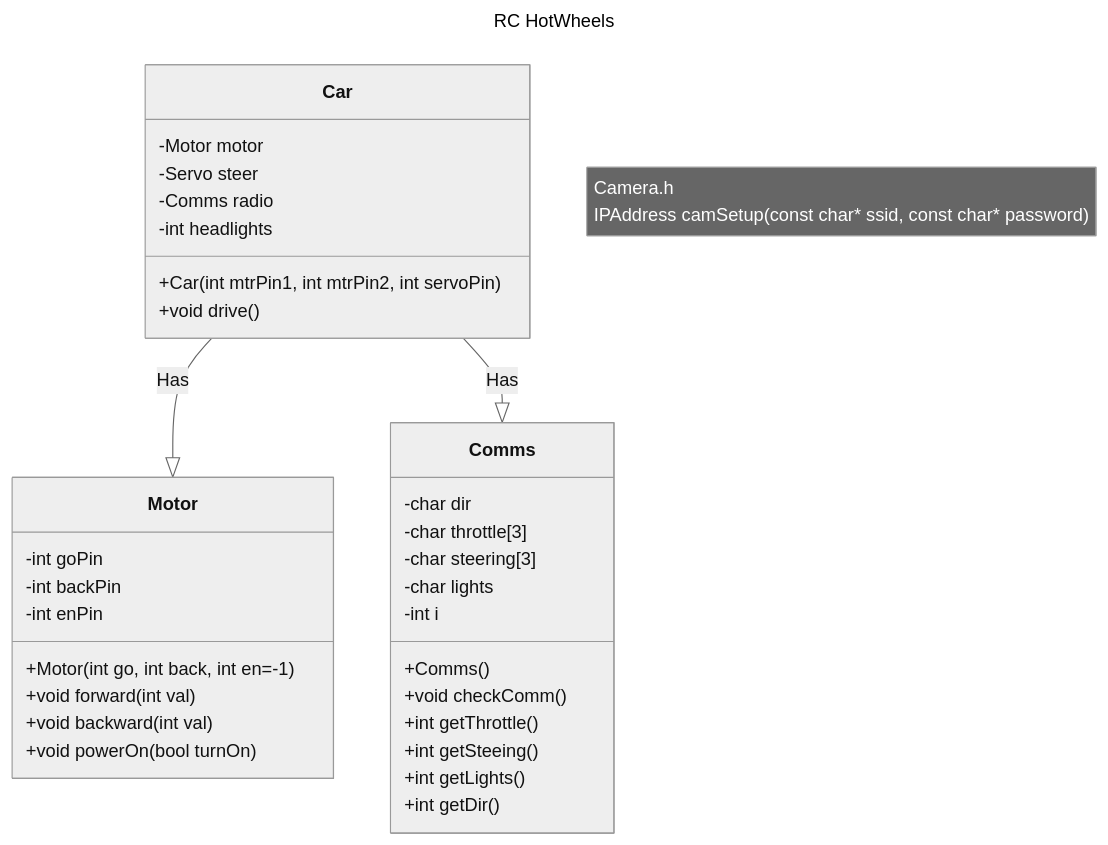
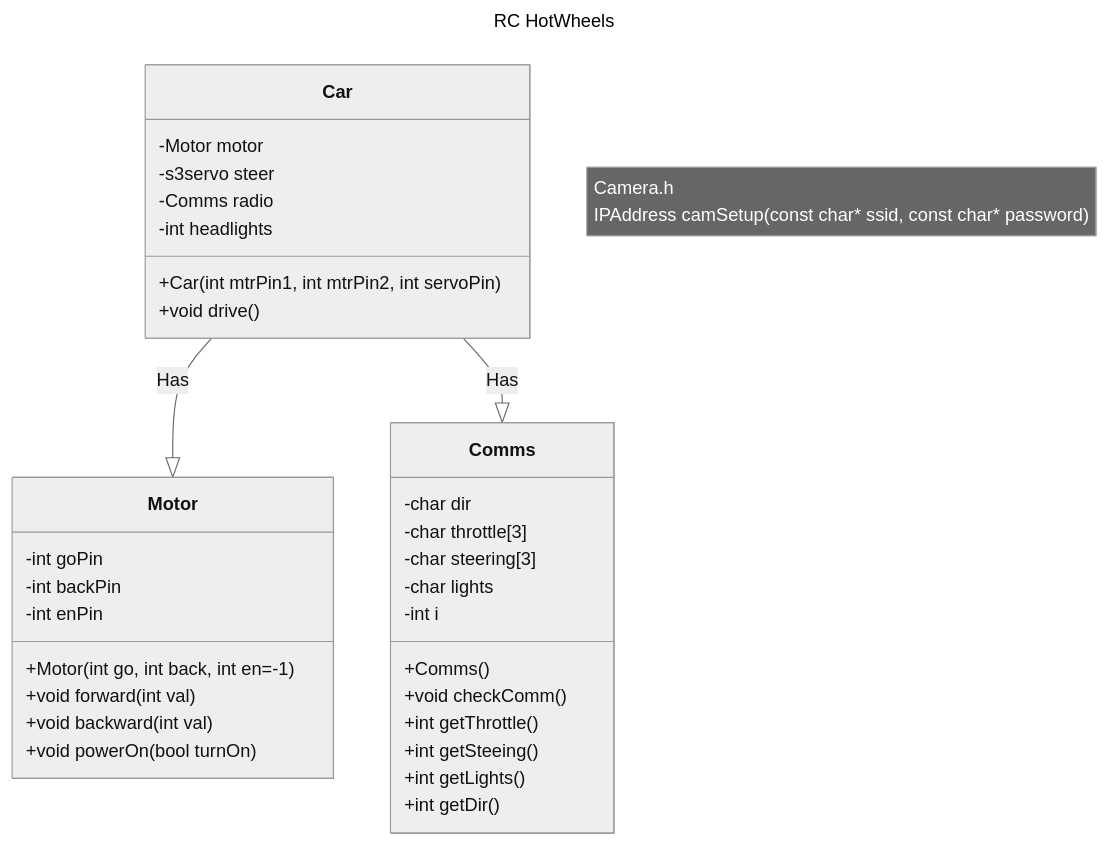
One commit to davider3/hot_wheels changed the first of 2 diagrams in software/class_diag.md. Above: the diagram before and after it, drawn with Mermaid (neutral theme).

Commit message:
uml update

````diff
--- a/software/class_diag.md
+++ b/software/class_diag.md
@@ -3,51 +3,51 @@
 ```mermaid
 ---
 title : RC HotWheels
 ---
 classDiagram
 
     class Car{
         -Motor motor
-        -Servo steer
+        -s3servo steer
         -Comms radio
         -int headlights
         +Car(int mtrPin1, int mtrPin2, int servoPin)
         +void drive()
     }
   
     Car --|> Motor : Has
     Car --|> Comms : Has
 
     class Motor{
         -int goPin
         -int backPin
         -int enPin
         +Motor(int go, int back, int en=-1)
         +void forward(int val)
         +void backward(int val)
         +void powerOn(bool turnOn)
     }
 
     class Comms{
         -char dir
         -char throttle[3]
         -char steering[3]
         -char lights
         -int i
 
         +Comms()
 
         +void checkComm()
 
         +int getThrottle()
         +int getSteeing()
         +int getLights()
         +int getDir()
     }
 
     
 
     note "Camera.h
     IPAddress camSetup(const char* ssid, const char* password)"
 
 ```
````
